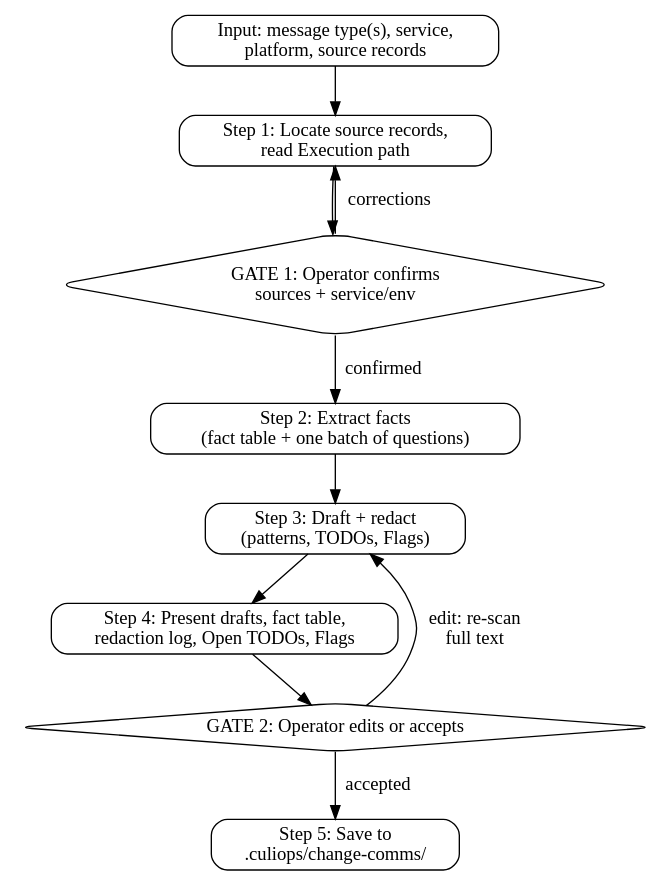
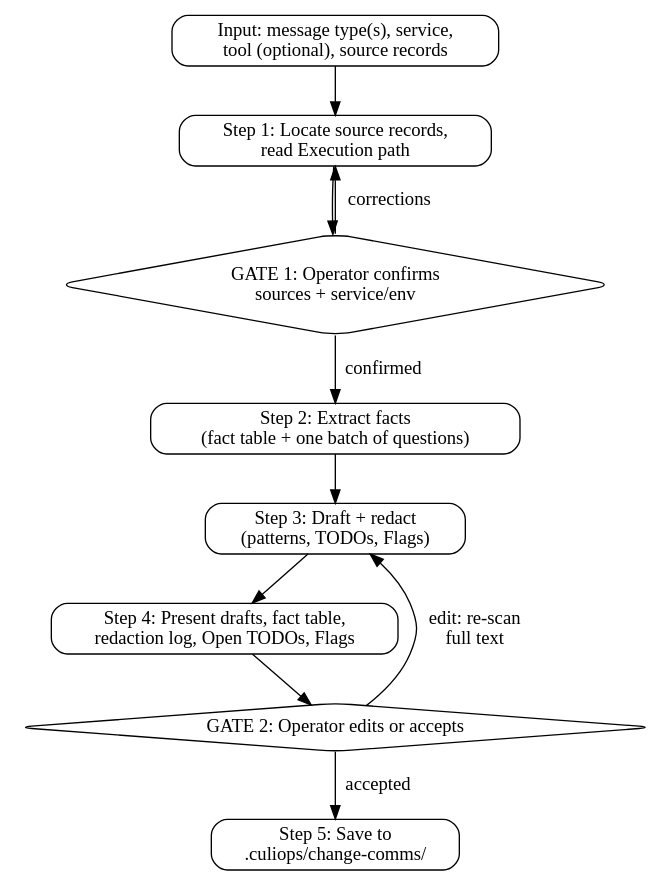
One commit to culiops/culiops-agent changed the diagram in skills/change-comms/SKILL.md. Above: the diagram before and after it, drawn with Graphviz. The commit also changed other lines of this file and 3 other files, not shown here.

````diff
--- a/skills/change-comms/SKILL.md
+++ b/skills/change-comms/SKILL.md
@@ -111,25 +121,25 @@
 ```dot
 digraph changecomms {
     rankdir=TB;
     node [shape=box, style=rounded];
 
-    input   [label="Input: message type(s), service,\nplatform, source records"];
+    input   [label="Input: message type(s), service,\ntool (optional), source records"];
     locate  [label="Step 1: Locate source records,\nread Execution path"];
     gate1   [label="GATE 1: Operator confirms\nsources + service/env", shape=diamond];
     extract [label="Step 2: Extract facts\n(fact table + one batch of questions)"];
     draft   [label="Step 3: Draft + redact\n(patterns, TODOs, Flags)"];
     present [label="Step 4: Present drafts, fact table,\nredaction log, Open TODOs, Flags"];
     gate2   [label="GATE 2: Operator edits or accepts", shape=diamond];
     save    [label="Step 5: Save to\n.culiops/change-comms/"];
 
     input -> locate;
     locate -> gate1;
     gate1 -> extract [label="confirmed"];
     gate1 -> locate  [label="corrections"];
     extract -> draft;
     draft -> present;
     present -> gate2;
     gate2 -> draft   [label="edit: re-scan\nfull text"];
     gate2 -> save    [label="accepted"];
 }
 ```
````
